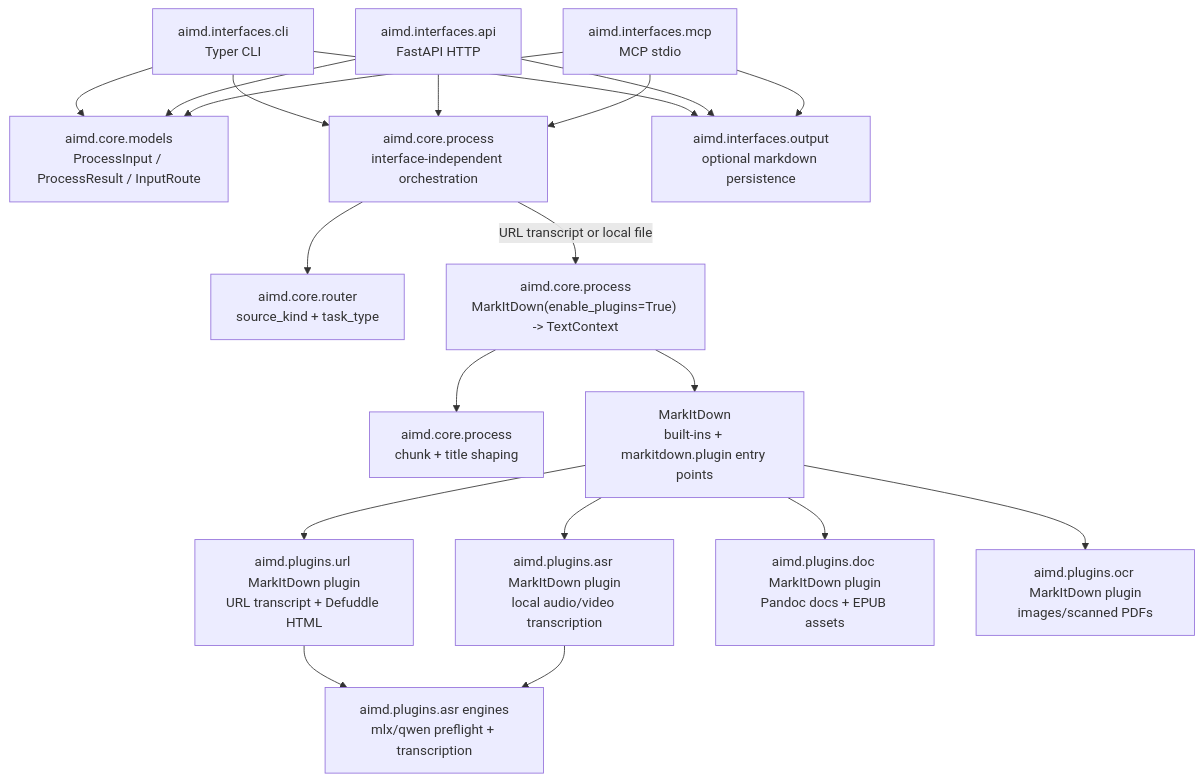
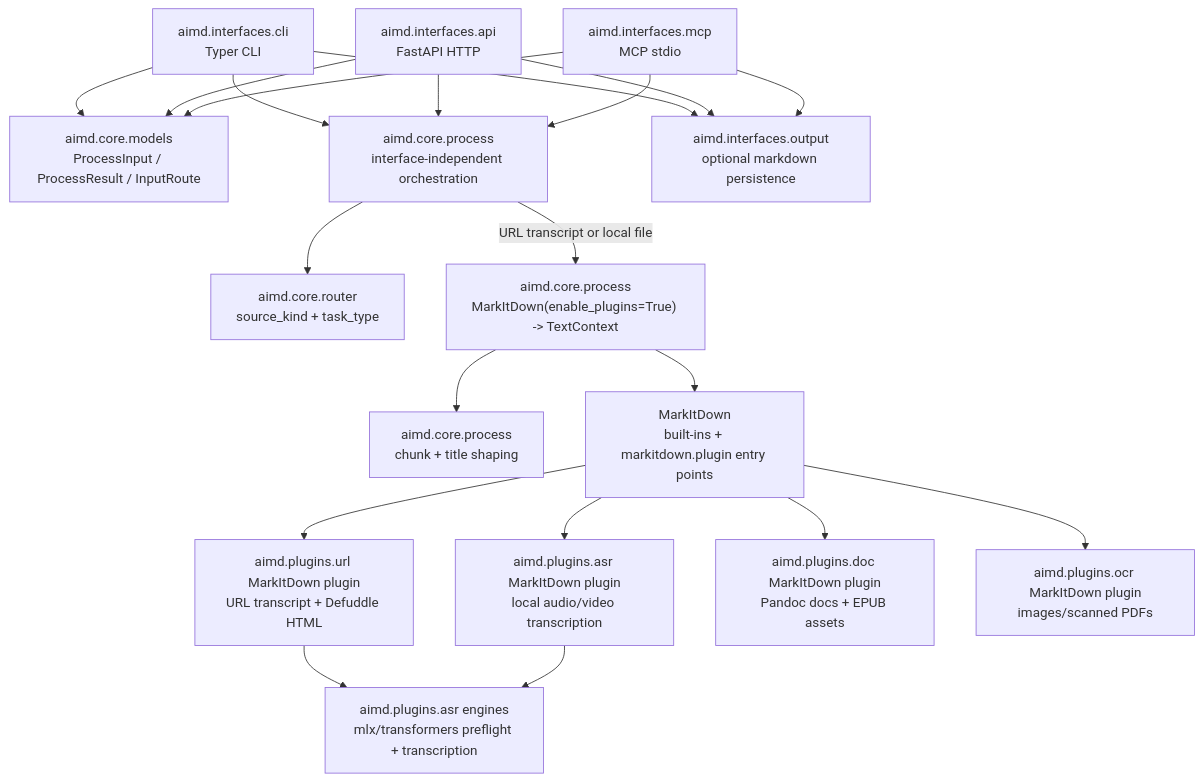
The diagram in AGENTS.md (shuuul/aimd), drawn with Mermaid before and after one commit. The commit also changed other lines of this file and 21 other files, not shown here.

````diff
--- a/AGENTS.md
+++ b/AGENTS.md
@@ -44,37 +44,37 @@
 ```mermaid
 flowchart TD
     CLI["aimd.interfaces.cli\nTyper CLI"]
     API["aimd.interfaces.api\nFastAPI HTTP"]
     MCP["aimd.interfaces.mcp\nMCP stdio"]
 
     Models["aimd.core.models\nProcessInput / ProcessResult / InputRoute"]
     Router["aimd.core.router\nsource_kind + task_type"]
     Process["aimd.core.process\ninterface-independent orchestration"]
 
     MID["aimd.core.process\nMarkItDown(enable_plugins=True) -> TextContext"]
     Markdown["aimd.core.process\nchunk + title shaping"]
 
     URLPlugin["aimd.plugins.url MarkItDown plugin\nURL transcript + Defuddle HTML"]
     ASRPlugin["aimd.plugins.asr MarkItDown plugin\nlocal audio/video transcription"]
-    ASR["aimd.plugins.asr engines\nmlx/qwen preflight + transcription"]
+    ASR["aimd.plugins.asr engines\nmlx/transformers preflight + transcription"]
     DocPlugin["aimd.plugins.doc MarkItDown plugin\nPandoc docs + EPUB assets"]
     OCRPlugin["aimd.plugins.ocr MarkItDown plugin\nimages/scanned PDFs"]
     MarkItDown["MarkItDown\nbuilt-ins + markitdown.plugin entry points"]
 
     CLI --> Models
     API --> Models
     MCP --> Models
     CLI --> Process
     API --> Process
     MCP --> Process
     Process --> Router
     Process -->|URL transcript or local file| MID --> MarkItDown
     MarkItDown --> URLPlugin --> ASR
     MarkItDown --> ASRPlugin --> ASR
     MarkItDown --> DocPlugin
     MarkItDown --> OCRPlugin
     MID --> Markdown
     CLI --> Output["aimd.interfaces.output\noptional markdown persistence"]
     API --> Output
     MCP --> Output
 ```
````
